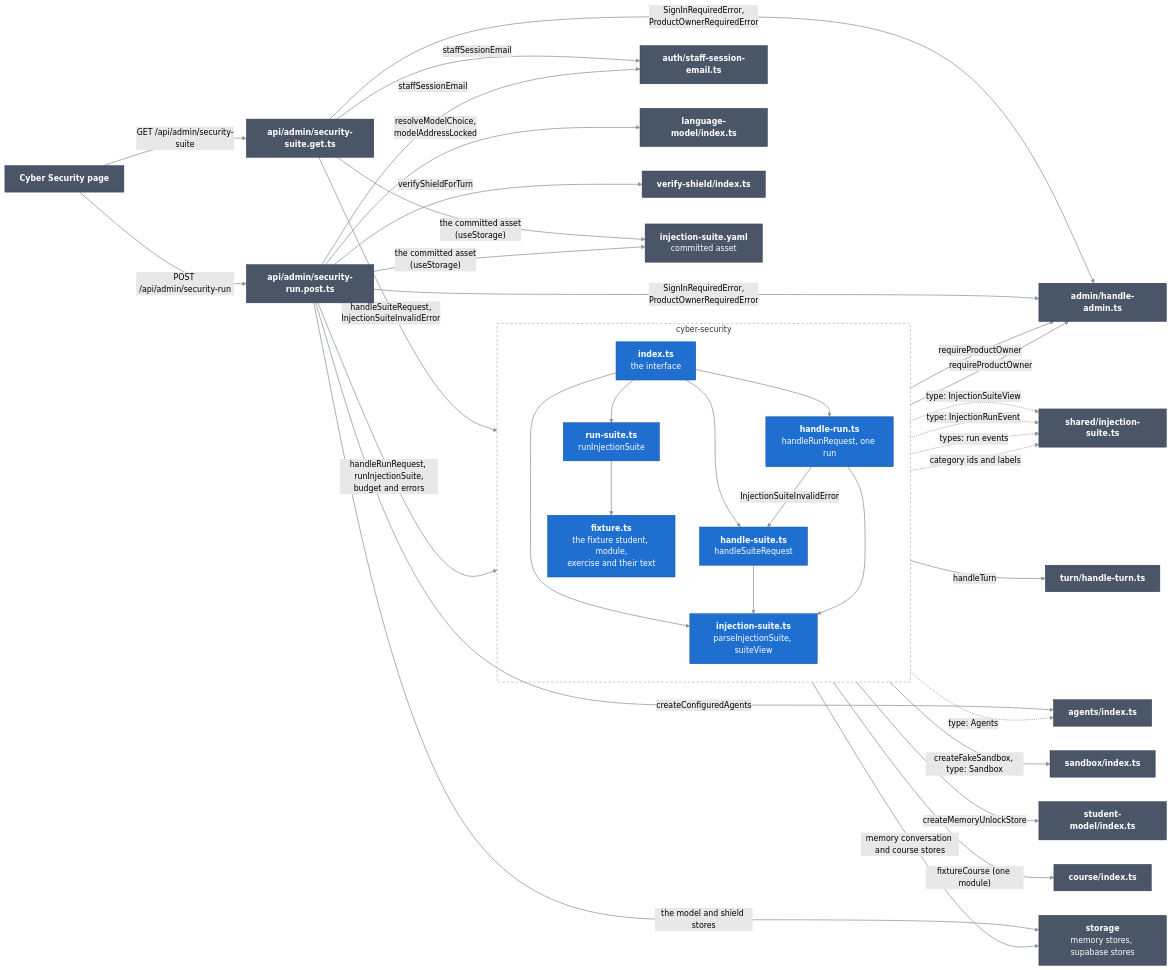
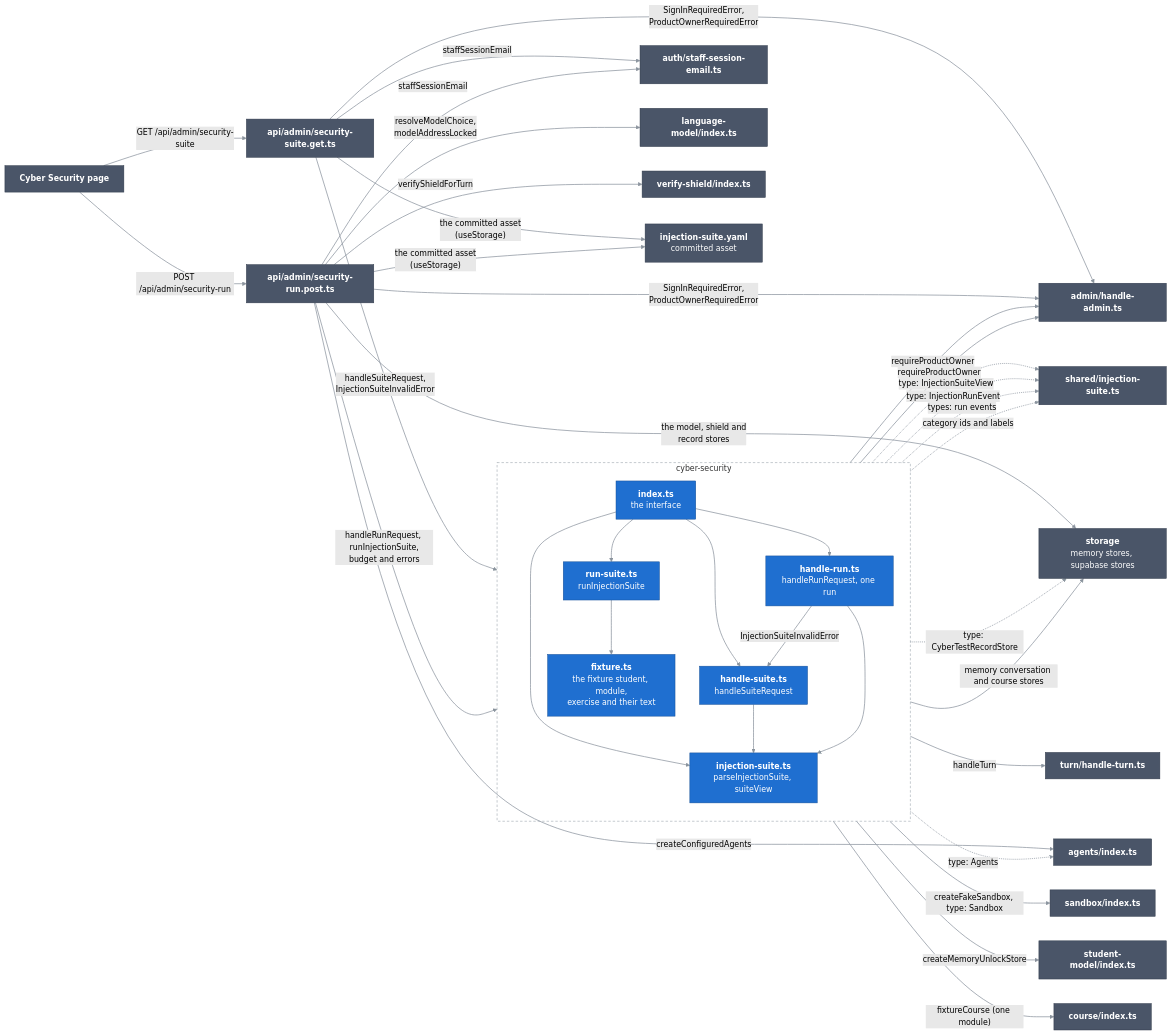
The diagram in docs/c4/03-components/server/19-cyber-security.md (atuan1605/COS40005_HN9_Verifiable_Co-Learner_Agent), drawn with Mermaid (forest theme) before and after one commit. The commit also changed other lines of this file and 11 other files, not shown here.

Commit message:
Archive Cyber test records from each run (#293)

````diff
--- a/docs/c4/03-components/server/19-cyber-security.md
+++ b/docs/c4/03-components/server/19-cyber-security.md
@@ -12,70 +13,71 @@
 ```mermaid
 flowchart LR
   classDef comp fill:#1f6fd0,stroke:#164f96,color:#ffffff
   classDef near fill:#4a5568,stroke:#2d3748,color:#ffffff
   classDef ext fill:#8a5a00,stroke:#5c3c00,color:#ffffff
   linkStyle default stroke:#8b949e,stroke-width:1.5px
 
   spa["<b>Cyber Security page</b>"]:::near
   suiteRoute["<b>api/admin/security-suite.get.ts</b>"]:::near
   runRoute["<b>api/admin/security-run.post.ts</b>"]:::near
   admin["<b>admin/handle-admin.ts</b>"]:::near
   auth["<b>auth/staff-session-email.ts</b>"]:::near
   turn["<b>turn/handle-turn.ts</b>"]:::near
   agents["<b>agents/index.ts</b>"]:::near
   lm["<b>language-model/index.ts</b>"]:::near
   shield["<b>verify-shield/index.ts</b>"]:::near
   sandbox["<b>sandbox/index.ts</b>"]:::near
   studentModel["<b>student-model/index.ts</b>"]:::near
   course["<b>course/index.ts</b>"]:::near
   storage["<b>storage</b><br/>memory stores, supabase stores"]:::near
   sharedTypes["<b>shared/injection-suite.ts</b>"]:::near
   yaml["<b>injection-suite.yaml</b><br/>committed asset"]:::near
 
   subgraph cyber["cyber-security"]
     direction TB
     index["<b>index.ts</b><br/>the interface"]:::comp
     suite["<b>injection-suite.ts</b><br/>parseInjectionSuite, suiteView"]:::comp
     handleSuite["<b>handle-suite.ts</b><br/>handleSuiteRequest"]:::comp
     handleRun["<b>handle-run.ts</b><br/>handleRunRequest, one run"]:::comp
     run["<b>run-suite.ts</b><br/>runInjectionSuite"]:::comp
     fixture["<b>fixture.ts</b><br/>the fixture student, module,<br/>exercise and their text"]:::comp
   end
 
   spa ==>|"GET /api/admin/security-suite"| suiteRoute
   spa ==>|"POST /api/admin/security-run"| runRoute
   suiteRoute -->|"handleSuiteRequest,<br/>InjectionSuiteInvalidError"| index
   suiteRoute -->|"SignInRequiredError,<br/>ProductOwnerRequiredError"| admin
   suiteRoute -->|"staffSessionEmail"| auth
   suiteRoute ==>|"the committed asset<br/>(useStorage)"| yaml
   runRoute -->|"handleRunRequest, runInjectionSuite,<br/>budget and errors"| index
   runRoute -->|"SignInRequiredError,<br/>ProductOwnerRequiredError"| admin
   runRoute -->|"staffSessionEmail"| auth
   runRoute -->|"createConfiguredAgents"| agents
   runRoute -->|"resolveModelChoice,<br/>modelAddressLocked"| lm
   runRoute -->|"verifyShieldForTurn"| shield
   runRoute ==>|"the committed asset<br/>(useStorage)"| yaml
-  runRoute -->|"the model and shield stores"| storage
+  runRoute -->|"the model, shield and<br/>record stores"| storage
   index --> suite
   index --> handleSuite
   index --> handleRun
   index --> run
   handleSuite -->|"requireProductOwner"| admin
   handleSuite --> suite
   handleSuite -.->|"type: InjectionSuiteView"| sharedTypes
   handleRun -->|"requireProductOwner"| admin
   handleRun -->|"InjectionSuiteInvalidError"| handleSuite
   handleRun --> suite
+  handleRun -.->|"type: CyberTestRecordStore"| storage
   handleRun -.->|"type: InjectionRunEvent"| sharedTypes
   run -->|"handleTurn"| turn
   run -.->|"type: Agents"| agents
   run -->|"createFakeSandbox, type: Sandbox"| sandbox
   run -->|"createMemoryUnlockStore"| studentModel
   run -->|"fixtureCourse (one module)"| course
   run -->|"memory conversation and course stores"| storage
   run --> fixture
   run -.->|"types: run events"| sharedTypes
   suite -.->|"category ids and labels"| sharedTypes
 
   style cyber fill:none,stroke:#8b949e,stroke-dasharray:5 4
 ```
````
